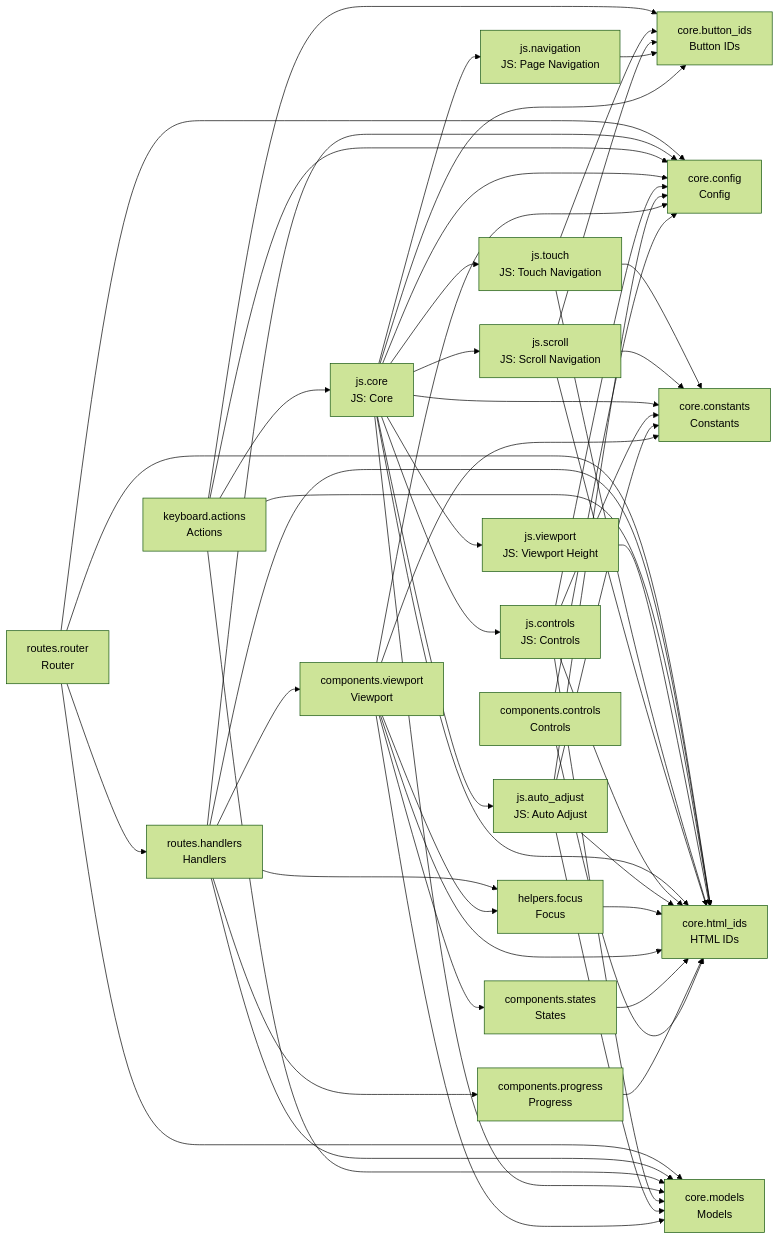
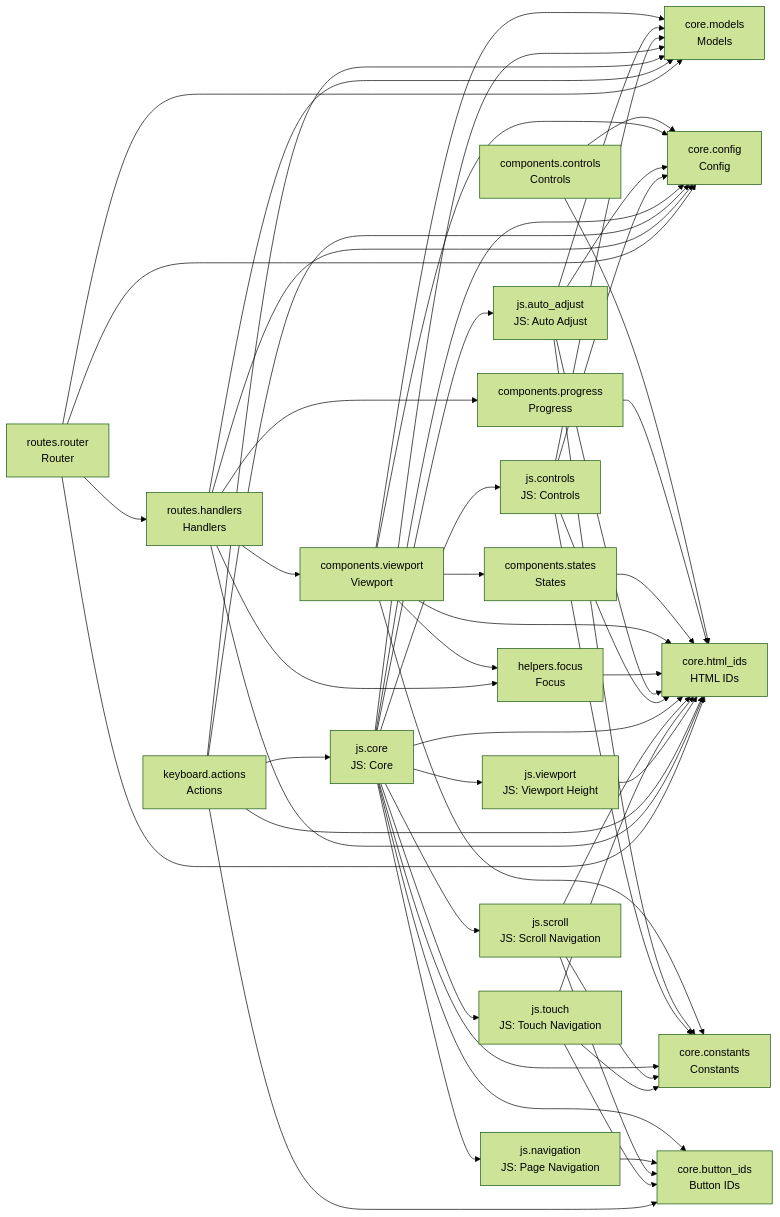
The diagram in README.md (cj-mills/cjm-fasthtml-card-stack), drawn with Mermaid (forest theme) before and after one commit. The commit also changed other lines of this file and 3 other files, not shown here.

````diff
--- a/README.md
+++ b/README.md
@@ -46,77 +46,77 @@
 ``` mermaid
 graph LR
     components_controls[components.controls<br/>Controls]
     components_progress[components.progress<br/>Progress]
     components_states[components.states<br/>States]
     components_viewport[components.viewport<br/>Viewport]
     core_button_ids[core.button_ids<br/>Button IDs]
     core_config[core.config<br/>Config]
     core_constants[core.constants<br/>Constants]
     core_html_ids[core.html_ids<br/>HTML IDs]
     core_models[core.models<br/>Models]
     helpers_focus[helpers.focus<br/>Focus]
     js_auto_adjust[js.auto_adjust<br/>JS: Auto Adjust]
     js_controls[js.controls<br/>JS: Controls]
     js_core[js.core<br/>JS: Core]
     js_navigation[js.navigation<br/>JS: Page Navigation]
     js_scroll[js.scroll<br/>JS: Scroll Navigation]
     js_touch[js.touch<br/>JS: Touch Navigation]
     js_viewport[js.viewport<br/>JS: Viewport Height]
     keyboard_actions[keyboard.actions<br/>Actions]
     routes_handlers[routes.handlers<br/>Handlers]
     routes_router[routes.router<br/>Router]
 
+    components_controls --> core_config
     components_controls --> core_html_ids
-    components_controls --> core_config
     components_progress --> core_html_ids
     components_states --> core_html_ids
+    components_viewport --> core_models
+    components_viewport --> helpers_focus
+    components_viewport --> core_config
+    components_viewport --> components_states
+    components_viewport --> core_constants
     components_viewport --> core_html_ids
-    components_viewport --> core_config
-    components_viewport --> helpers_focus
-    components_viewport --> components_states
-    components_viewport --> core_models
-    components_viewport --> core_constants
     helpers_focus --> core_html_ids
+    js_auto_adjust --> core_html_ids
     js_auto_adjust --> core_constants
     js_auto_adjust --> core_models
     js_auto_adjust --> core_config
-    js_auto_adjust --> core_html_ids
     js_controls --> core_constants
+    js_controls --> core_html_ids
     js_controls --> core_models
     js_controls --> core_config
-    js_controls --> core_html_ids
+    js_core --> js_navigation
+    js_core --> core_constants
+    js_core --> core_models
     js_core --> js_controls
-    js_core --> core_constants
-    js_core --> core_html_ids
     js_core --> core_config
     js_core --> core_button_ids
+    js_core --> js_scroll
     js_core --> js_auto_adjust
-    js_core --> js_navigation
+    js_core --> core_html_ids
+    js_core --> js_touch
     js_core --> js_viewport
-    js_core --> js_scroll
-    js_core --> core_models
-    js_core --> js_touch
     js_navigation --> core_button_ids
-    js_scroll --> core_button_ids
     js_scroll --> core_constants
     js_scroll --> core_html_ids
-    js_touch --> core_button_ids
+    js_scroll --> core_button_ids
     js_touch --> core_constants
     js_touch --> core_html_ids
+    js_touch --> core_button_ids
     js_viewport --> core_html_ids
+    keyboard_actions --> core_models
+    keyboard_actions --> core_config
+    keyboard_actions --> js_core
+    keyboard_actions --> core_button_ids
     keyboard_actions --> core_html_ids
-    keyboard_actions --> core_config
-    keyboard_actions --> core_button_ids
-    keyboard_actions --> js_core
-    keyboard_actions --> core_models
-    routes_handlers --> core_html_ids
+    routes_handlers --> core_models
+    routes_handlers --> components_progress
     routes_handlers --> core_config
     routes_handlers --> components_viewport
     routes_handlers --> helpers_focus
-    routes_handlers --> components_progress
-    routes_handlers --> core_models
+    routes_handlers --> core_html_ids
+    routes_router --> core_models
+    routes_router --> core_config
     routes_router --> routes_handlers
     routes_router --> core_html_ids
-    routes_router --> core_config
-    routes_router --> core_models
 ```
````
